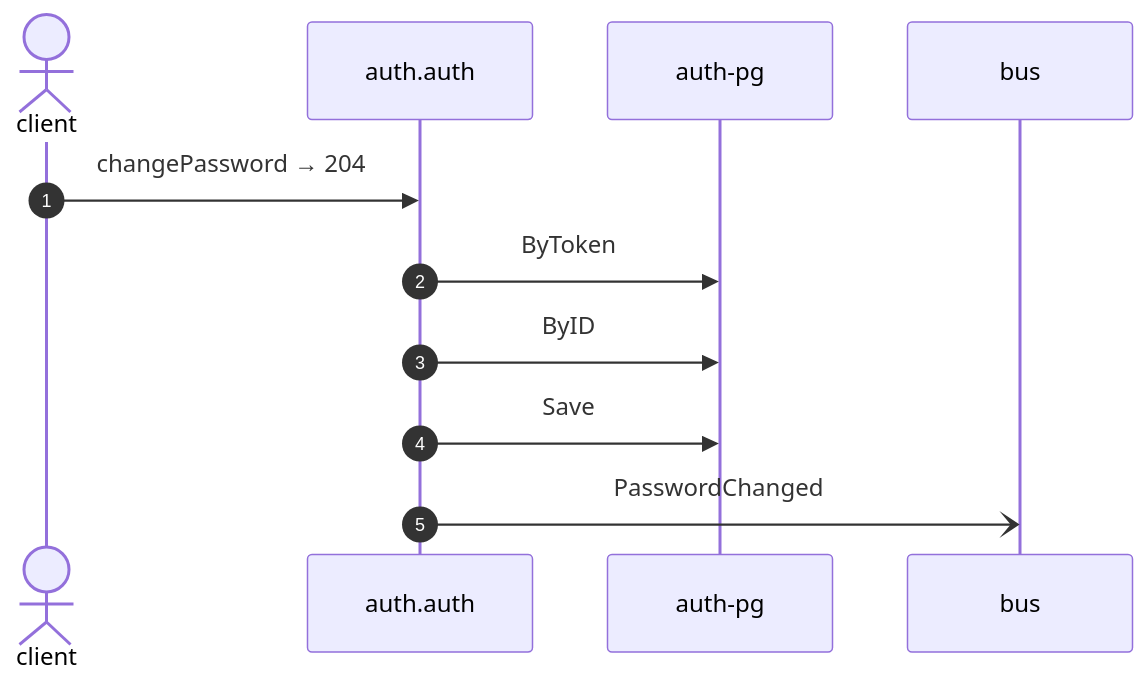
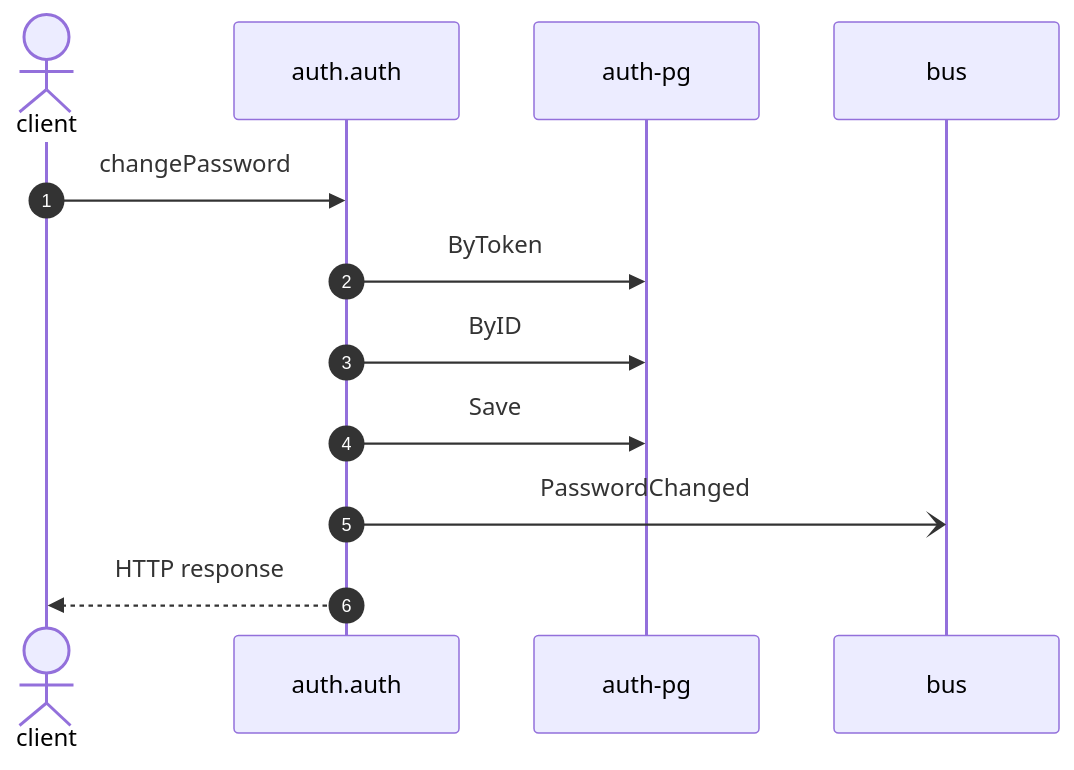
One commit to shortlink-org/portolan changed the diagram in docs/example/flows/auth-change-password.md. Above: the diagram before and after it, drawn with Mermaid. The commit also changed other lines of this file and 191 other files, not shown here.

````diff
--- a/docs/example/flows/auth-change-password.md
+++ b/docs/example/flows/auth-change-password.md
@@ -22,13 +24,14 @@
 ```mermaid
 sequenceDiagram
     autonumber
     actor p0 as client
     participant p1 as auth.auth
     participant p2 as auth-pg
     participant p3 as bus
-    p0->>p1: changePassword → 204
+    p0->>p1: changePassword
     p1->>p2: ByToken
     p1->>p2: ByID
     p1->>p2: Save
     p1-)p3: PasswordChanged
+    p1-->>p0: HTTP response
 ```
````
